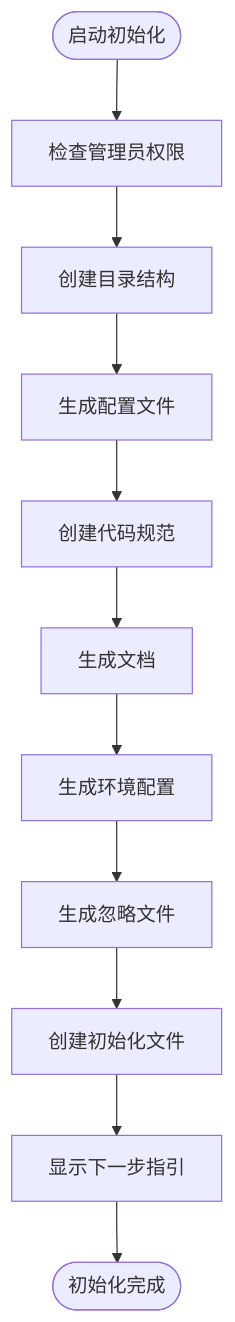
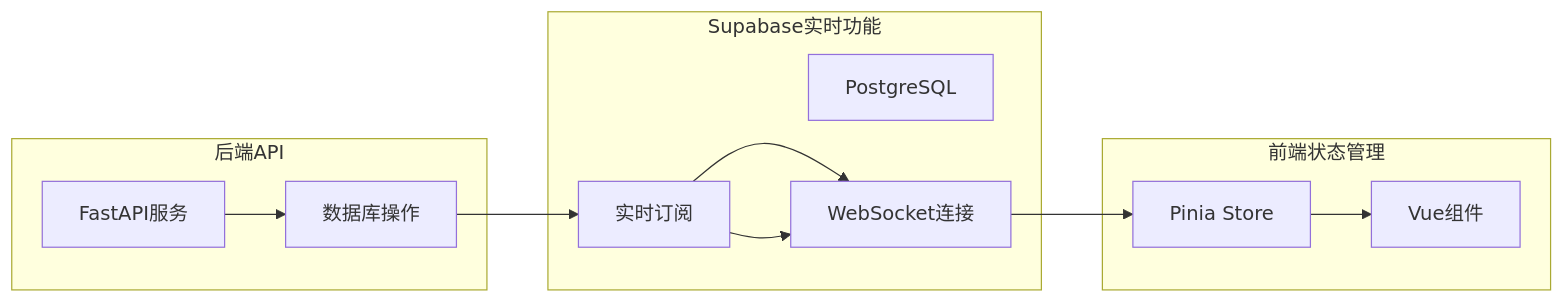
The sixth of 13 diagrams in .qoder/repowiki/zh/content/项目概述.md (SY6621/POD-Order-Management), drawn with Mermaid before and after one commit. The commit also changed other lines of this file and 98 other files, not shown here.

````diff
--- a/.qoder/repowiki/zh/content/项目概述.md
+++ b/.qoder/repowiki/zh/content/项目概述.md
@@ -230,13 +264,22 @@
 ```mermaid
-flowchart TD
-Start([启动初始化]) --> CheckPrivileges[检查管理员权限]
-CheckPrivileges --> CreateDirs[创建目录结构]
-CreateDirs --> GenerateConfig[生成配置文件]
-GenerateConfig --> CreateCodeStandard[创建代码规范]
-CreateCodeStandard --> CreateDocs[生成文档]
-CreateDocs --> CreateEnv[生成环境配置]
-CreateEnv --> CreateGitIgnore[生成忽略文件]
-CreateGitIgnore --> CreateInitFiles[创建初始化文件]
-CreateInitFiles --> PrintNextSteps[显示下一步指引]
-PrintNextSteps --> End([初始化完成])
+graph LR
+subgraph "Supabase实时功能"
+Realtime[实时订阅]
+Postgres[PostgreSQL]
+WebSocket[WebSocket连接]
+end
+subgraph "前端状态管理"
+PiniaStore[Pinia Store]
+VueComponents[Vue组件]
+end
+subgraph "后端API"
+FastAPI[FastAPI服务]
+Database[数据库操作]
+end
+Realtime --> WebSocket
+WebSocket --> PiniaStore
+PiniaStore --> VueComponents
+FastAPI --> Database
+Database --> Realtime
+Realtime --> WebSocket
 ```
````
